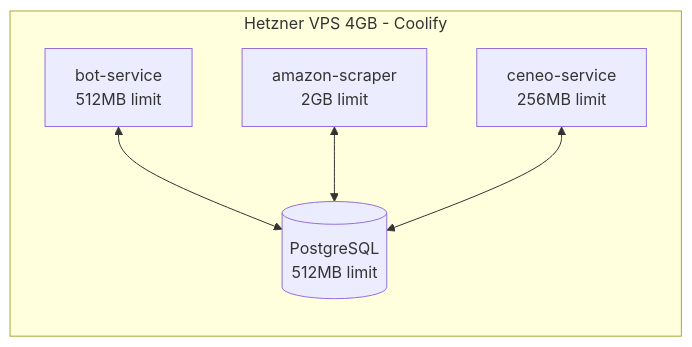
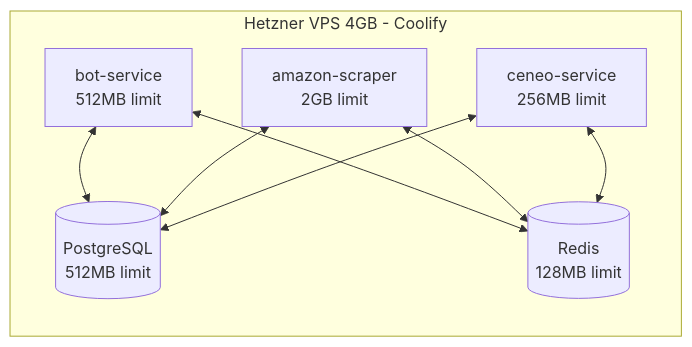
Before and after one commit to k0ff33/amazonpl-price-watch: the second of 4 diagrams in docs/architecture.md, drawn with Mermaid. The commit also changed other lines of this file and 4 other files, not shown here.

````diff
--- a/docs/architecture.md
+++ b/docs/architecture.md
@@ -37,13 +37,17 @@
 ```mermaid
 graph LR
     subgraph "Hetzner VPS 4GB - Coolify"
         B[bot-service<br/>512MB limit]
         A[amazon-scraper<br/>2GB limit]
         C[ceneo-service<br/>256MB limit]
         P[(PostgreSQL<br/>512MB limit)]
+        R[(Redis<br/>128MB limit)]
     end
 
     B <--> P
     A <--> P
     C <--> P
+    B <--> R
+    A <--> R
+    C <--> R
 ```
````
